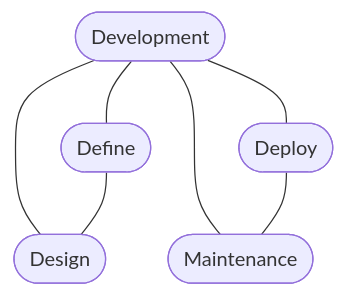
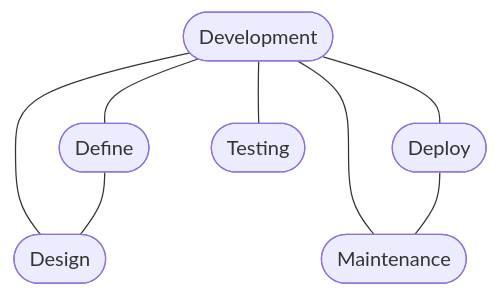
Before and after one commit to JohnTelford/iterate-webdev-cloudflare: the diagram in docs/team_overview.md, drawn with Mermaid. The commit also changed other lines of this file and 3 other files, not shown here.

````diff
--- a/docs/team_overview.md
+++ b/docs/team_overview.md
@@ -12,15 +12,17 @@
 ``` mermaid
 	graph TD
     dev --- def
     dev --- des
     dev --- dep
     dev --- mnt
     def --- des
     dep --- mnt
+    dev --- tst
 
     dev([Development])
     def([Define])
     des([Design])
     dep([Deploy])
     mnt([Maintenance])
+    tst([Testing])
 ```
````
